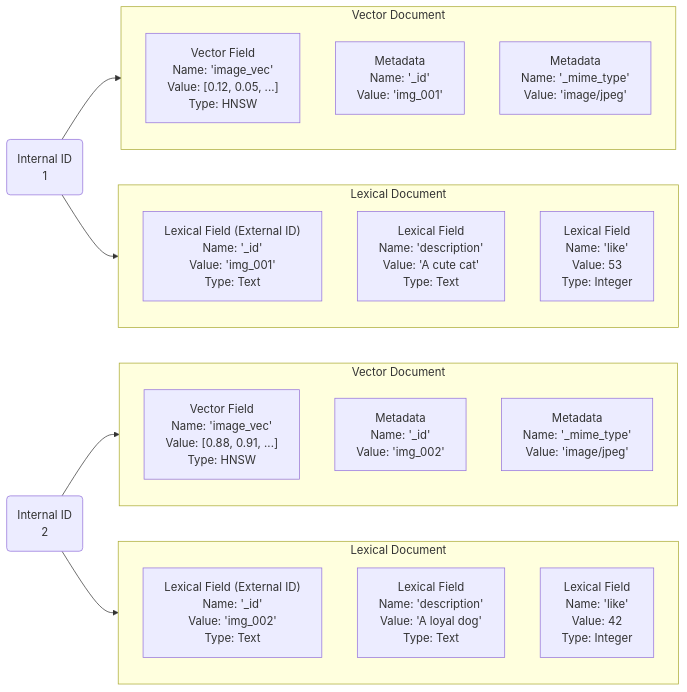
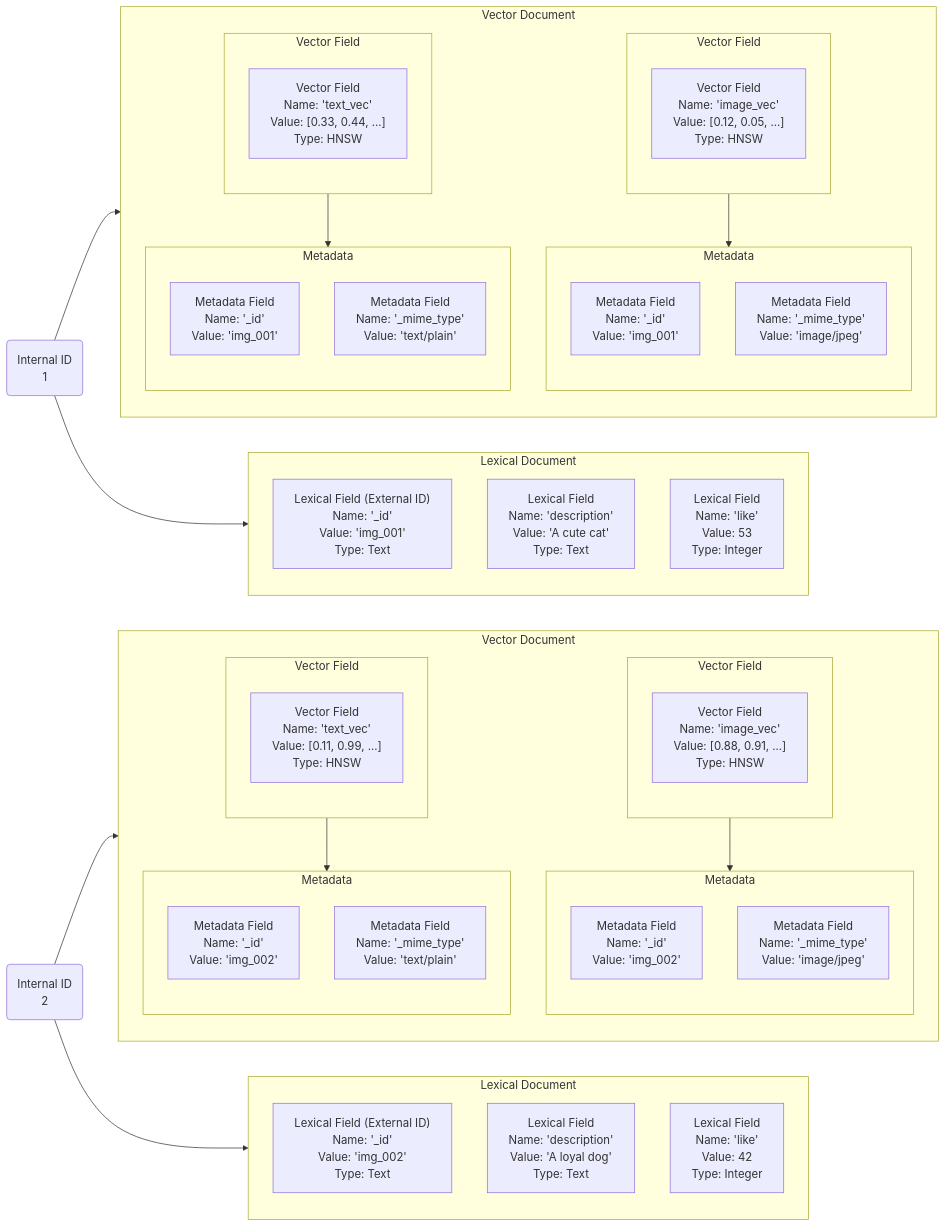
Before and after one commit to mosuka/iris: the first of 4 diagrams in docs/src/concepts/vector_search.md, drawn with Mermaid. The commit also changed other lines of this file and 99 other files, not shown here.

````diff
--- a/docs/src/concepts/vector_search.md
+++ b/docs/src/concepts/vector_search.md
@@ -9,36 +9,72 @@
 ```mermaid
 flowchart LR
     IntID1("Internal ID<br>1") --> DocContainer1_Vec
     IntID1 --> DocContainer1_Lex
 
     subgraph DocContainer1_Vec [Vector Document]
         direction TB
-        F11["Vector Field<br>Name: 'image_vec'<br>Value: [0.12, 0.05, ...]<br>Type: HNSW"]
-        F12["Metadata<br>Name: '_id'<br>Value: 'img_001'"]
-        F13["Metadata<br>Name: '_mime_type'<br>Value: 'image/jpeg'"]
+        subgraph VecField1 [Vector Field]
+            direction TB
+            F11["Vector Field<br>Name: 'image_vec'<br>Value: [0.12, 0.05, ...]<br>Type: HNSW"]
+        end
+        subgraph Meta1 [Metadata]
+            direction TB
+            F12["Metadata Field<br>Name: '_id'<br>Value: 'img_001'"]
+            F13["Metadata Field<br>Name: '_mime_type'<br>Value: 'image/jpeg'"]
+        end
+        VecField1 --> Meta1
+
+        subgraph VecField1_2 [Vector Field]
+            direction TB
+            F11_2["Vector Field<br>Name: 'text_vec'<br>Value: [0.33, 0.44, ...]<br>Type: HNSW"]
+        end
+        subgraph Meta1_2 [Metadata]
+            direction TB
+            F12_2["Metadata Field<br>Name: '_id'<br>Value: 'img_001'"]
+            F13_2["Metadata Field<br>Name: '_mime_type'<br>Value: 'text/plain'"]
+        end
+        VecField1_2 --> Meta1_2
     end
 
     subgraph DocContainer1_Lex [Lexical Document]
         direction TB
         ExtID1_Lex["Lexical Field (External ID)<br>Name: '_id'<br>Value: 'img_001'<br>Type: Text"]
         L11["Lexical Field<br>Name: 'description'<br>Value: 'A cute cat'<br>Type: Text"]
         L12["Lexical Field<br>Name: 'like'<br>Value: 53<br>Type: Integer"]
     end
 
     IntID2("Internal ID<br>2") --> DocContainer2_Vec
     IntID2 --> DocContainer2_Lex
 
     subgraph DocContainer2_Vec [Vector Document]
         direction TB
-        F21["Vector Field<br>Name: 'image_vec'<br>Value: [0.88, 0.91, ...]<br>Type: HNSW"]
-        F22["Metadata<br>Name: '_id'<br>Value: 'img_002'"]
-        F23["Metadata<br>Name: '_mime_type'<br>Value: 'image/jpeg'"]
+        subgraph VecField2 [Vector Field]
+            direction TB
+            F21["Vector Field<br>Name: 'image_vec'<br>Value: [0.88, 0.91, ...]<br>Type: HNSW"]
+        end
+        subgraph Meta2 [Metadata]
+            direction TB
+            F22["Metadata Field<br>Name: '_id'<br>Value: 'img_002'"]
+            F23["Metadata Field<br>Name: '_mime_type'<br>Value: 'image/jpeg'"]
+        end
+        VecField2 --> Meta2
+
+        subgraph VecField2_2 [Vector Field]
+            direction TB
+            F21_2["Vector Field<br>Name: 'text_vec'<br>Value: [0.11, 0.99, ...]<br>Type: HNSW"]
+        end
+        subgraph Meta2_2 [Metadata]
+            direction TB
+            F22_2["Metadata Field<br>Name: '_id'<br>Value: 'img_002'"]
+            F23_2["Metadata Field<br>Name: '_mime_type'<br>Value: 'text/plain'"]
+        end
+        VecField2_2 --> Meta2_2
     end
 
     subgraph DocContainer2_Lex [Lexical Document]
         direction TB
         ExtID2_Lex["Lexical Field (External ID)<br>Name: '_id'<br>Value: 'img_002'<br>Type: Text"]
         L21["Lexical Field<br>Name: 'description'<br>Value: 'A loyal dog'<br>Type: Text"]
         L22["Lexical Field<br>Name: 'like'<br>Value: 42<br>Type: Integer"]
     end
 ```
````
